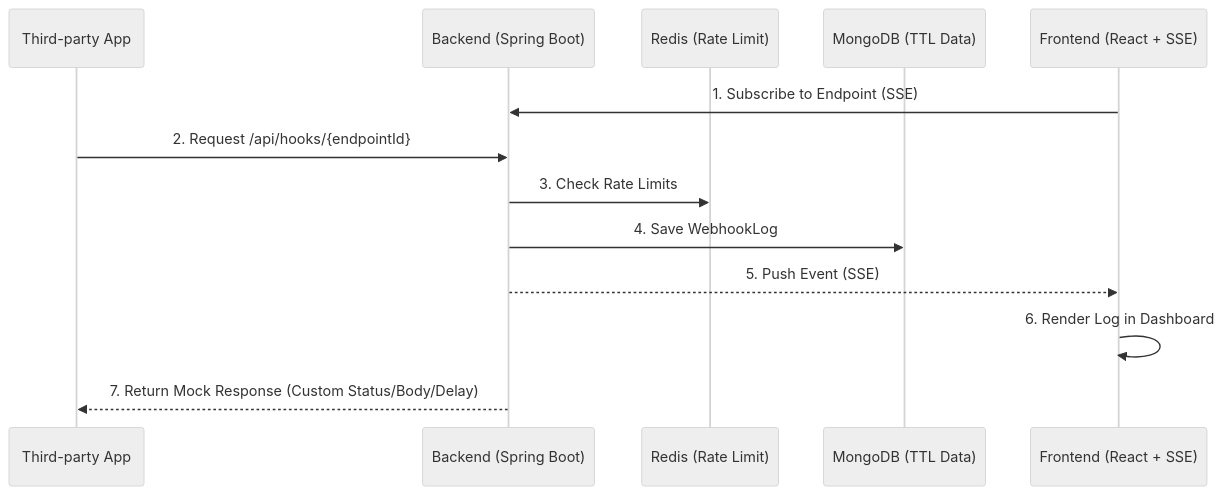
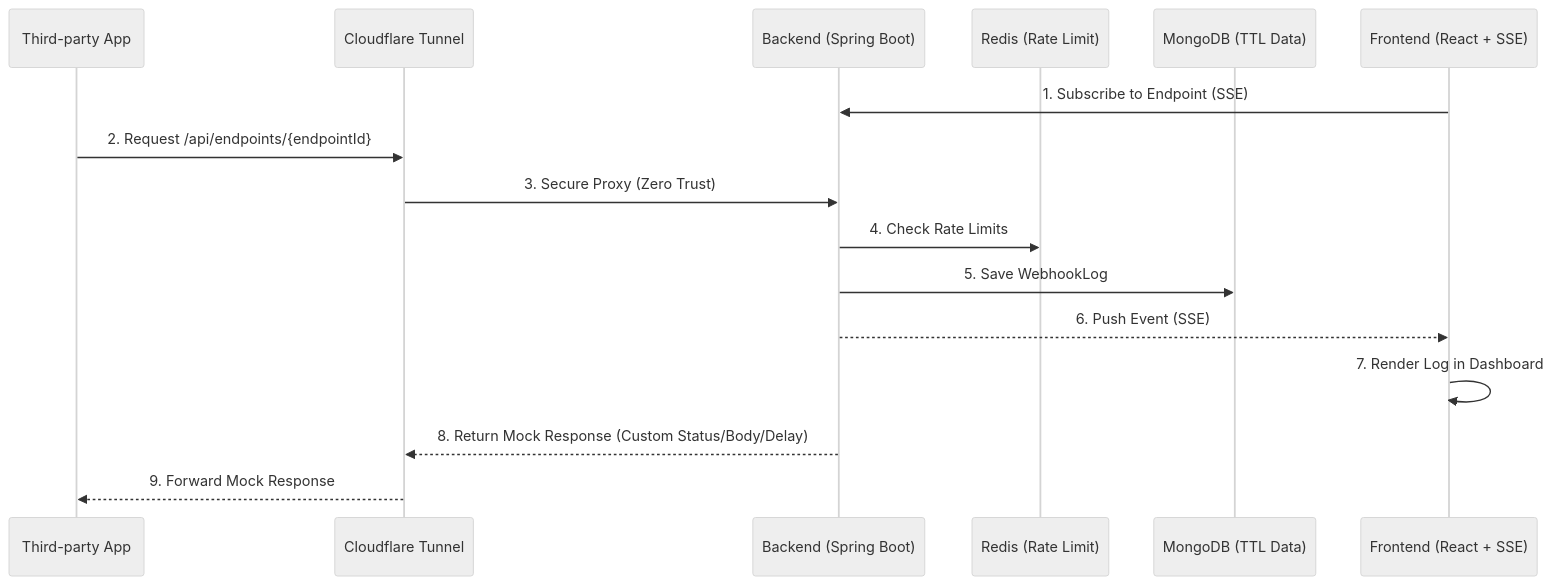
The diagram in README.md (pottq577/flashhook), drawn with Mermaid (neutral theme) before and after one commit. The commit also changed other lines of this file and 2 other files, not shown here.

Commit message:
docs: 프로덕션 인프라 보안 구조(Zero Trust) 및 운영 점검 사항 최신화
- README.md: 아키텍처 다이어그램 및 인프라 목록에 Cloudflare Tunnel 명시
- SECURITY_OVERVIEW.md: Zero Trust 인바운드 방어 원리 문서화
- DEVELOPMENT.md: 로컬/운영별 Tunnel 연동 방법 및 프로덕션 배포 직후 필수 점검 사항(MongoDB TTL, WAF Skip) 추가

````diff
--- a/README.md
+++ b/README.md
@@ -78,16 +78,19 @@
 ```mermaid
 sequenceDiagram
     participant WebhookSender as Third-party App
+    participant CF as Cloudflare Tunnel
     participant Spring as Backend (Spring Boot)
     participant Redis as Redis (Rate Limit)
     participant Mongo as MongoDB (TTL Data)
     participant FE as Frontend (React + SSE)
 
     FE->>Spring: 1. Subscribe to Endpoint (SSE)
-    WebhookSender->>Spring: 2. Request /api/hooks/{endpointId}
-    Spring->>Redis: 3. Check Rate Limits
-    Spring->>Mongo: 4. Save WebhookLog
-    Spring-->>FE: 5. Push Event (SSE)
-    FE->>FE: 6. Render Log in Dashboard
-    Spring-->>WebhookSender: 7. Return Mock Response (Custom Status/Body/Delay)
+    WebhookSender->>CF: 2. Request /api/endpoints/{endpointId}
+    CF->>Spring: 3. Secure Proxy (Zero Trust)
+    Spring->>Redis: 4. Check Rate Limits
+    Spring->>Mongo: 5. Save WebhookLog
+    Spring-->>FE: 6. Push Event (SSE)
+    FE->>FE: 7. Render Log in Dashboard
+    Spring-->>CF: 8. Return Mock Response (Custom Status/Body/Delay)
+    CF-->>WebhookSender: 9. Forward Mock Response
 ```
````
